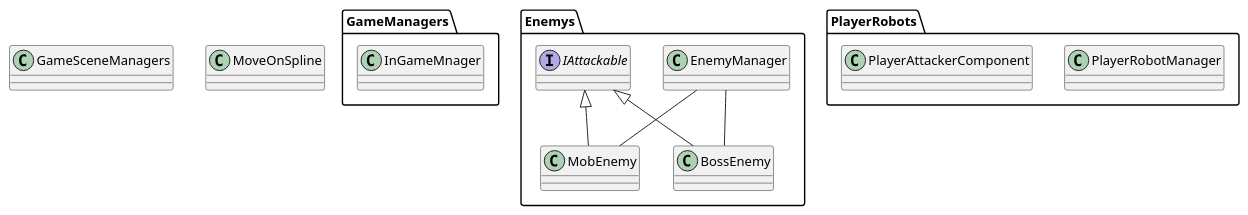
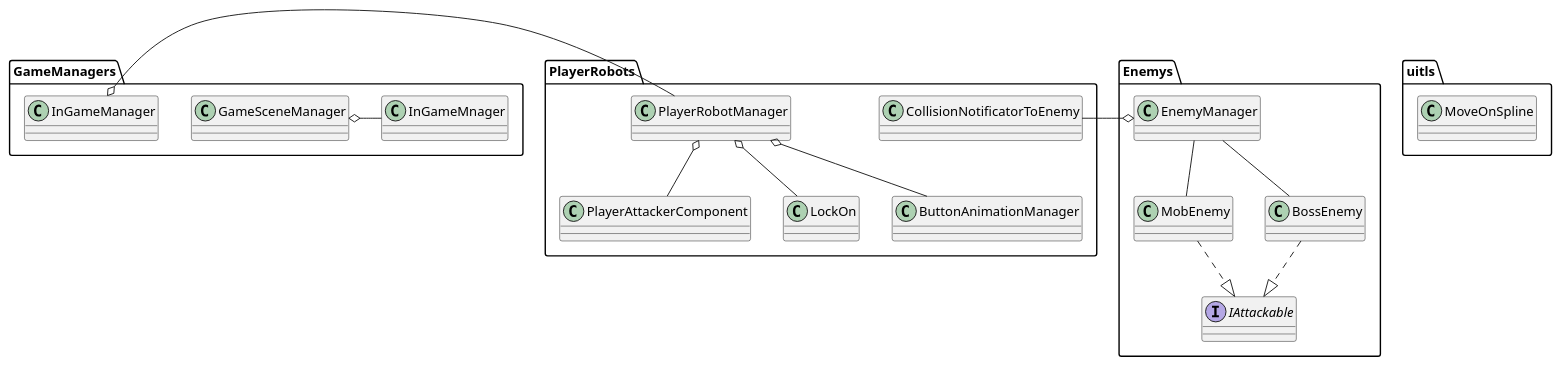
Before and after one commit to heller77/OneButton: the diagram in Assets/ClassDiagram/Class.puml, drawn with PlantUML. The commit also changed 2 other files, not shown here.

Commit message:
クラス図の更新と、シーケンス図作成

```diff
--- a/Assets/ClassDiagram/Class.puml
+++ b/Assets/ClassDiagram/Class.puml
@@ -1,31 +1,44 @@
 @startuml
 
-class GameSceneManagers
+
 namespace GameManagers{
-class InGameMnager
+    class GameSceneManager
+    class InGameManager
 }
-GameSceneManagers - GameSceneManagers.InGameMnager
 
-class MoveOnSpline
+namespace uitls{
+    class MoveOnSpline
+}
 namespace Enemys{
-
-EnemyManager -- MobEnemy
-EnemyManager -- BossEnemy
-
-interface IAttackable
-class EnemyManager
-
-class MobEnemy extends IAttackable
-class BossEnemy extends IAttackable
+    
+    EnemyManager -- MobEnemy
+    EnemyManager -- BossEnemy
+    
+    interface IAttackable
+    class EnemyManager
+    
+    class MobEnemy
+    class BossEnemy
+    BossEnemy ..|> IAttackable
+    MobEnemy ..|> IAttackable
 }
 
 namespace PlayerRobots{
+    PlayerRobotManager o-- PlayerAttackerComponent
+    PlayerRobotManager o-- LockOn
+    PlayerRobotManager o-- ButtonAnimationManager
+    
+    class PlayerRobotManager 
+    class PlayerAttackerComponent
+    class LockOn
+    class ButtonAnimationManager
+    class CollisionNotificatorToEnemy
+}
 
-class PlayerRobotManager 
-class PlayerAttackerComponent
-
-}
+GameManagers.GameSceneManager o- GameManagers.InGameMnager
+PlayerRobots.CollisionNotificatorToEnemy -o  Enemys.EnemyManager
+GameManagers.InGameManager o- PlayerRobots.PlayerRobotManager
 
 
 
 @enduml
```
